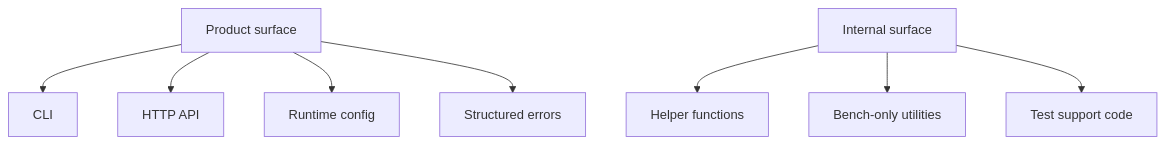
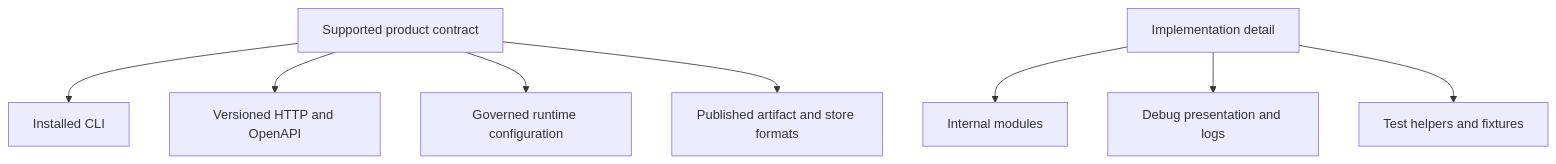
One commit to bijux/bijux-atlas changed the second of 2 diagrams in docs/bijux-atlas/foundations/boundaries-and-non-goals.md. Above: the diagram before and after it, drawn with Mermaid. The commit also changed other lines of this file and 2 other files, not shown here.

````diff
--- a/docs/bijux-atlas/foundations/boundaries-and-non-goals.md
+++ b/docs/bijux-atlas/foundations/boundaries-and-non-goals.md
@@ -48,10 +44,10 @@
 ```mermaid
-flowchart TD
-    Product[Product surface] --> CLI[CLI]
-    Product --> API[HTTP API]
-    Product --> Config[Runtime config]
-    Product --> Errors[Structured errors]
-    Internal[Internal surface] --> Helpers[Helper functions]
-    Internal --> Benches[Bench-only utilities]
-    Internal --> Tests[Test support code]
+flowchart TB
+    Contract[Supported product contract] --> CLI[Installed CLI]
+    Contract --> API[Versioned HTTP and OpenAPI]
+    Contract --> Config[Governed runtime configuration]
+    Contract --> Artifacts[Published artifact and store formats]
+    Internal[Implementation detail] --> Modules[Internal modules]
+    Internal --> Diagnostics[Debug presentation and logs]
+    Internal --> Fixtures[Test helpers and fixtures]
 ```
````
